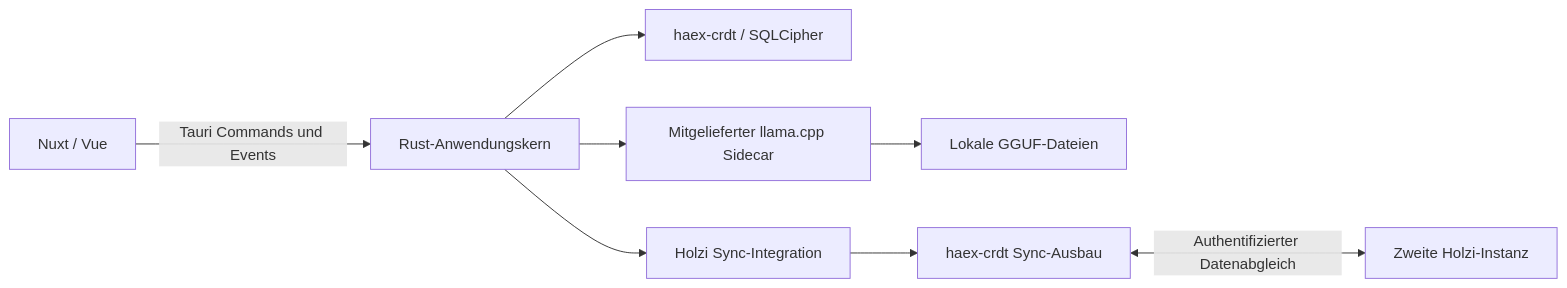
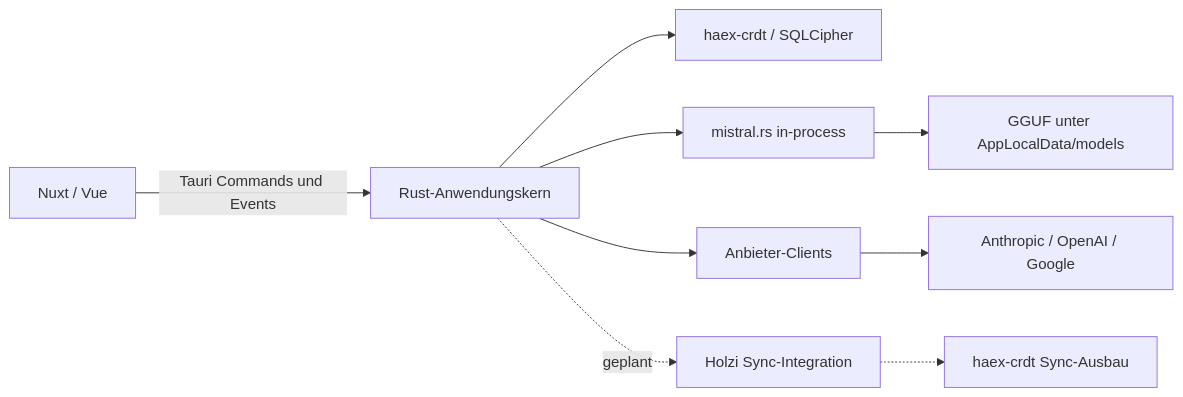
One commit to haexmas/holzi changed the diagram in plans/001-desktop-mvp.md. Above: the diagram before and after it, drawn with Mermaid. The commit also changed other lines of this file and 1 other file, not shown here.

First line of the commit message:
plans: revise 001 for the local-first MVP cut

````diff
--- a/plans/001-desktop-mvp.md
+++ b/plans/001-desktop-mvp.md
@@ -62,10 +77,11 @@
 ```mermaid
 flowchart LR
   UI[Nuxt / Vue] -->|Tauri Commands und Events| Core[Rust-Anwendungskern]
   Core --> Store[haex-crdt / SQLCipher]
-  Core --> Runner[Mitgelieferter llama.cpp Sidecar]
-  Runner --> Models[Lokale GGUF-Dateien]
-  Core --> Sync[Holzi Sync-Integration]
-  Sync --> Engine[haex-crdt Sync-Ausbau]
-  Engine <-->|Authentifizierter Datenabgleich| Peer[Zweite Holzi-Instanz]
+  Core --> Local[mistral.rs in-process]
+  Local --> Models[GGUF unter AppLocalData/models]
+  Core --> Remote[Anbieter-Clients]
+  Remote --> Cloud[Anthropic / OpenAI / Google]
+  Core -.geplant.-> Sync[Holzi Sync-Integration]
+  Sync -.-> Engine[haex-crdt Sync-Ausbau]
 ```
````
